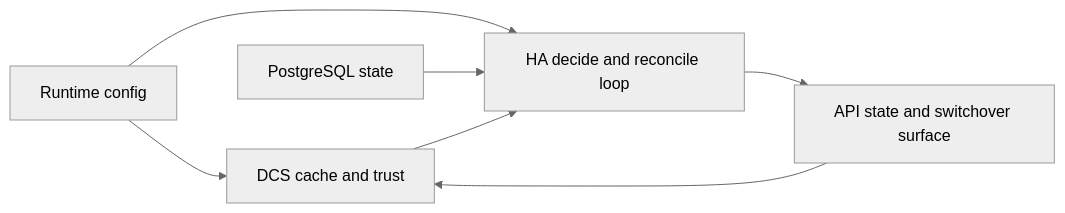
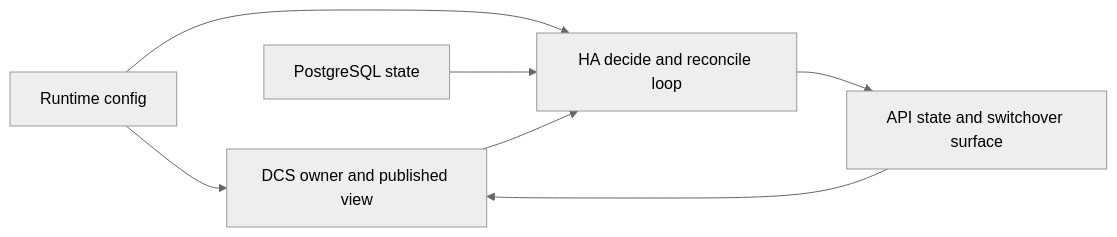
The first of 3 diagrams in docs/src/explanation/architecture.md (djosh34/pgtuskmaster_rust), drawn with Mermaid (neutral theme) before and after one commit. The commit also changed other lines of this file and 33 other files, not shown here.

First line of the commit message:
task finished 10-task-collapse-dcs-behind-a-single-private-component-and-read-only-dcs-view: collapse DCS behind single owner and read-only DcsView

````diff
--- a/docs/src/explanation/architecture.md
+++ b/docs/src/explanation/architecture.md
@@ -13,15 +13,15 @@
 ```mermaid
 flowchart LR
     Config[Runtime config]
-    DCS[DCS cache and trust]
+    DCS[DCS owner and published view]
     PG[PostgreSQL state]
     HA[HA decide and reconcile loop]
     API[API state and switchover surface]
 
     Config --> DCS
     Config --> HA
     PG --> HA
     DCS --> HA
     HA --> API
     API --> DCS
 ```
````
